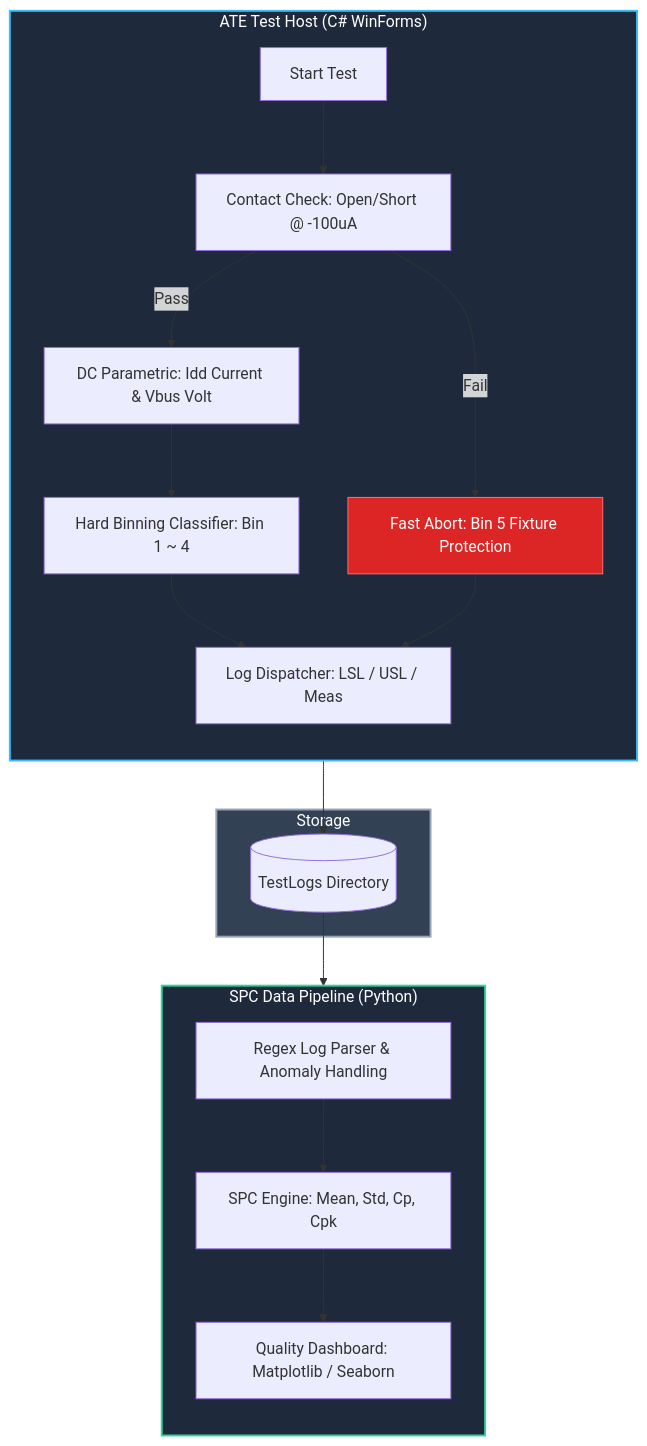
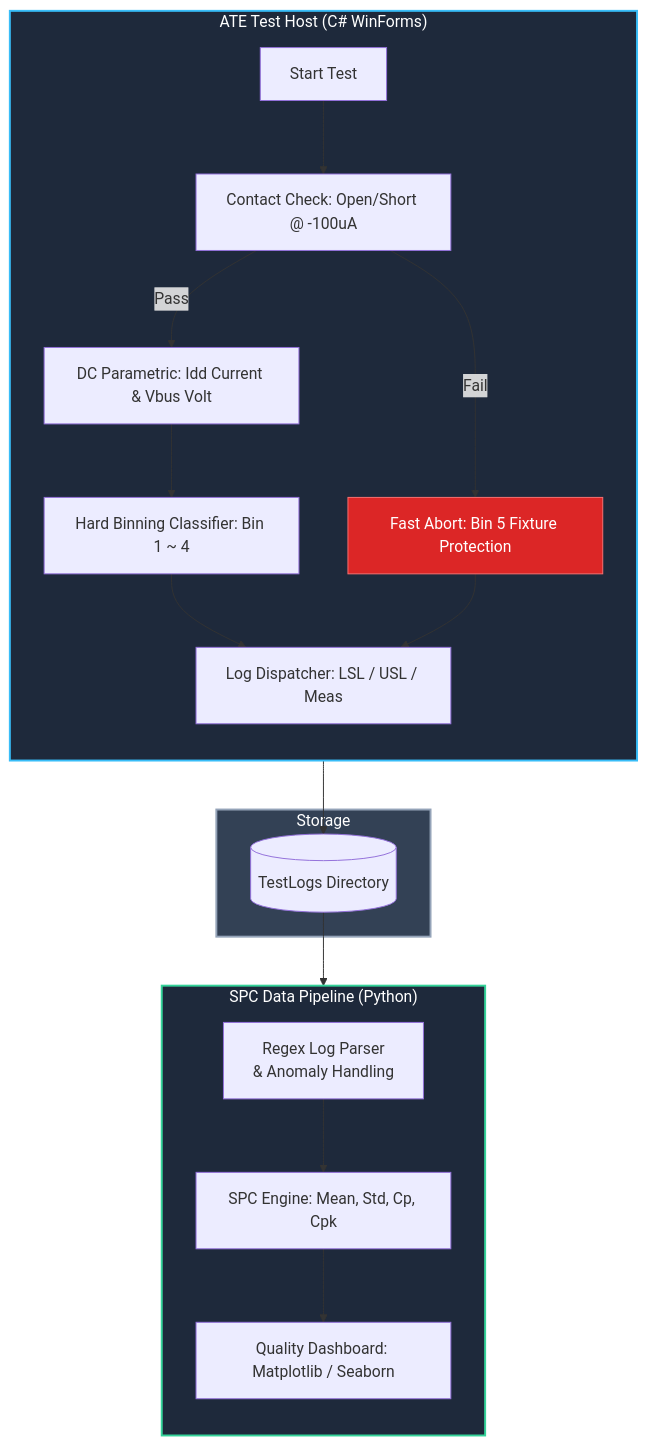
Before and after one commit to waynewang168/Semiconductor-ATE-Control-and-SPC_up: the diagram in README.md, drawn with Mermaid.

````diff
--- a/README.md
+++ b/README.md
@@ -13,28 +13,28 @@
 ```mermaid
 flowchart TD
     subgraph Host["ATE Test Host (C# WinForms)"]
         direction TB
         A[Start Test] --> B[Contact Check: Open/Short @ -100uA]
         B -- Fail --> B5[Fast Abort: Bin 5 Fixture Protection]
         B -- Pass --> C[DC Parametric: Idd Current & Vbus Volt]
         C --> D[Hard Binning Classifier: Bin 1 ~ 4]
         D --> E[Log Dispatcher: LSL / USL / Meas]
         B5 --> E
     end
 
     subgraph Storage["Storage"]
         E --> F[(TestLogs Directory)]
     end
 
     subgraph Analytics["SPC Data Pipeline (Python)"]
         direction TB
-        F --> G[Regex Log Parser & Anomaly Handling]
+        F --> G["Regex Log Parser<br/>& Anomaly Handling"]
         G --> H[SPC Engine: Mean, Std, Cp, Cpk]
         H --> I[Quality Dashboard: Matplotlib / Seaborn]
     end
 
     style Host fill:#1e293b,stroke:#38bdf8,stroke-width:2px,color:#fff
     style Analytics fill:#1e293b,stroke:#34d399,stroke-width:2px,color:#fff
     style Storage fill:#334155,stroke:#94a3b8,stroke-width:2px,color:#fff
     style B5 fill:#dc2626,stroke:#f87171,color:#fff
 ```
````
